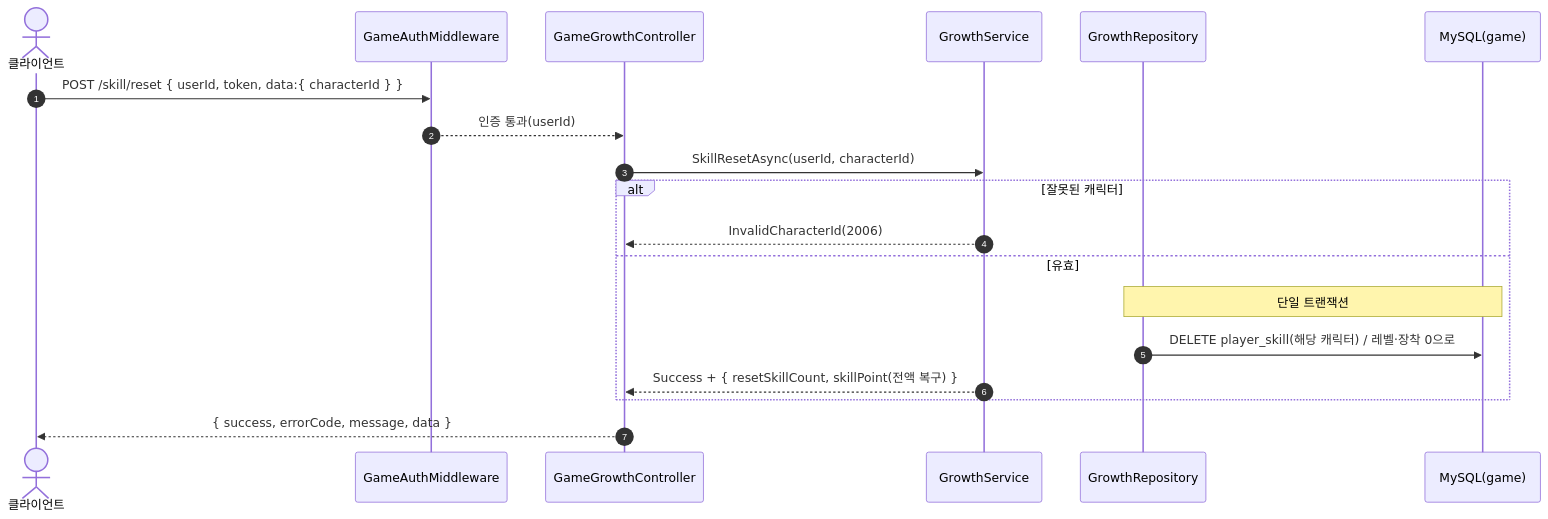
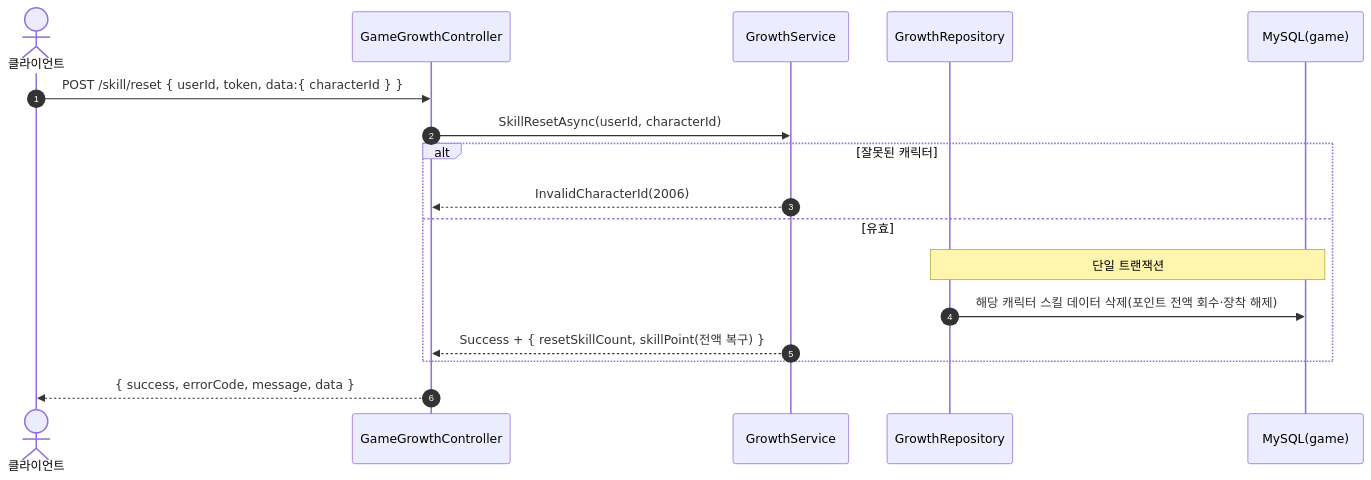
Before and after one commit to ks-wook/com2us-taskbar-hero: the second of 4 diagrams in SequenceDiagram/GameGrowthController.md, drawn with Mermaid. The commit also changed other lines of this file and 7 other files, not shown here.

Commit message:
시퀀스 다이어그램 수정

````diff
--- a/SequenceDiagram/GameGrowthController.md
+++ b/SequenceDiagram/GameGrowthController.md
@@ -42,22 +42,20 @@
 ```mermaid
 sequenceDiagram
     autonumber
     actor C as 클라이언트
-    participant MW as GameAuthMiddleware
     participant Ctrl as GameGrowthController
     participant Svc as GrowthService
     participant Repo as GrowthRepository
     participant DB as MySQL(game)
 
-    C->>MW: POST /skill/reset { userId, token, data:{ characterId } }
-    MW-->>Ctrl: 인증 통과(userId)
+    C->>Ctrl: POST /skill/reset { userId, token, data:{ characterId } }
     Ctrl->>Svc: SkillResetAsync(userId, characterId)
     alt 잘못된 캐릭터
         Svc-->>Ctrl: InvalidCharacterId(2006)
     else 유효
         Note over Repo,DB: 단일 트랜잭션
-        Repo->>DB: DELETE player_skill(해당 캐릭터) / 레벨·장착 0으로
+        Repo->>DB: 해당 캐릭터 스킬 데이터 삭제(포인트 전액 회수·장착 해제)
         Svc-->>Ctrl: Success + { resetSkillCount, skillPoint(전액 복구) }
     end
     Ctrl-->>C: { success, errorCode, message, data }
 ```
````
